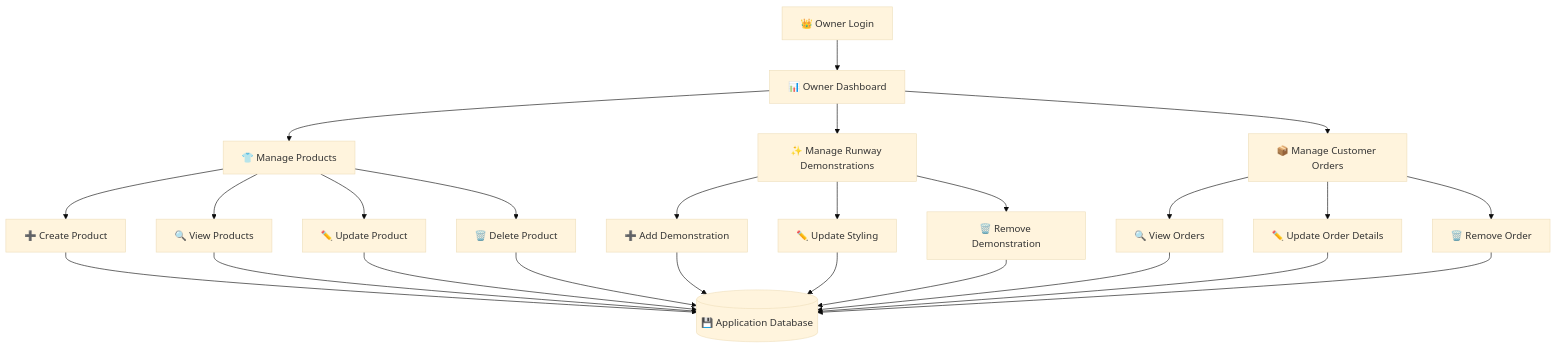
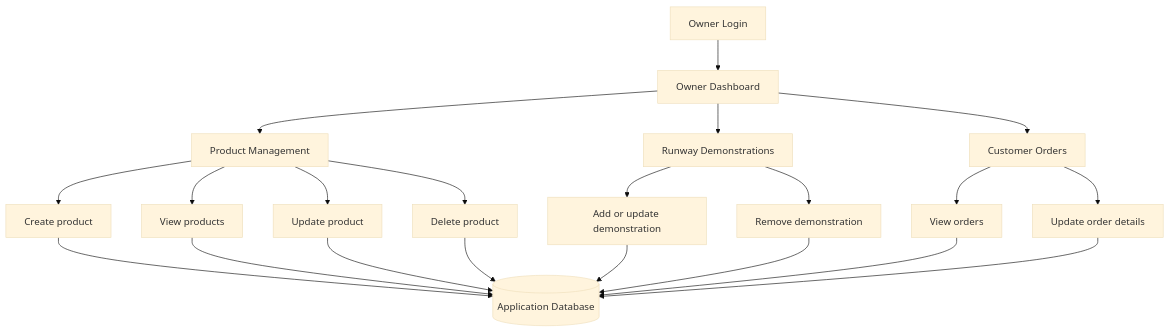
Before and after one commit to pvenkatagowthamsai-dot/FSFE_PROJECT: the third of 4 diagrams in README.md, drawn with Mermaid (base theme). The commit also changed other lines of this file, not shown here.

````diff
--- a/README.md
+++ b/README.md
@@ -101,31 +122,28 @@
 ```mermaid
 flowchart TD
-    A["👑 Owner Login"] --> B["📊 Owner Dashboard"]
-    B --> C["👕 Manage Products"]
-    B --> D["✨ Manage Runway Demonstrations"]
-    B --> E["📦 Manage Customer Orders"]
+    A["Owner Login"] --> B["Owner Dashboard"]
 
-    C --> C1["➕ Create Product"]
-    C --> C2["🔍 View Products"]
-    C --> C3["✏️ Update Product"]
-    C --> C4["🗑️ Delete Product"]
+    B --> C["Product Management"]
+    B --> D["Runway Demonstrations"]
+    B --> E["Customer Orders"]
 
-    D --> D1["➕ Add Demonstration"]
-    D --> D2["✏️ Update Styling"]
-    D --> D3["🗑️ Remove Demonstration"]
+    C --> C1["Create product"]
+    C --> C2["View products"]
+    C --> C3["Update product"]
+    C --> C4["Delete product"]
 
-    E --> E1["🔍 View Orders"]
-    E --> E2["✏️ Update Order Details"]
-    E --> E3["🗑️ Remove Order"]
+    D --> D1["Add or update demonstration"]
+    D --> D2["Remove demonstration"]
 
-    C1 --> F[("💾 Application Database")]
+    E --> E1["View orders"]
+    E --> E2["Update order details"]
+
+    C1 --> F[("Application Database")]
     C2 --> F
     C3 --> F
     C4 --> F
     D1 --> F
     D2 --> F
-    D3 --> F
     E1 --> F
     E2 --> F
-    E3 --> F
 ```
````
